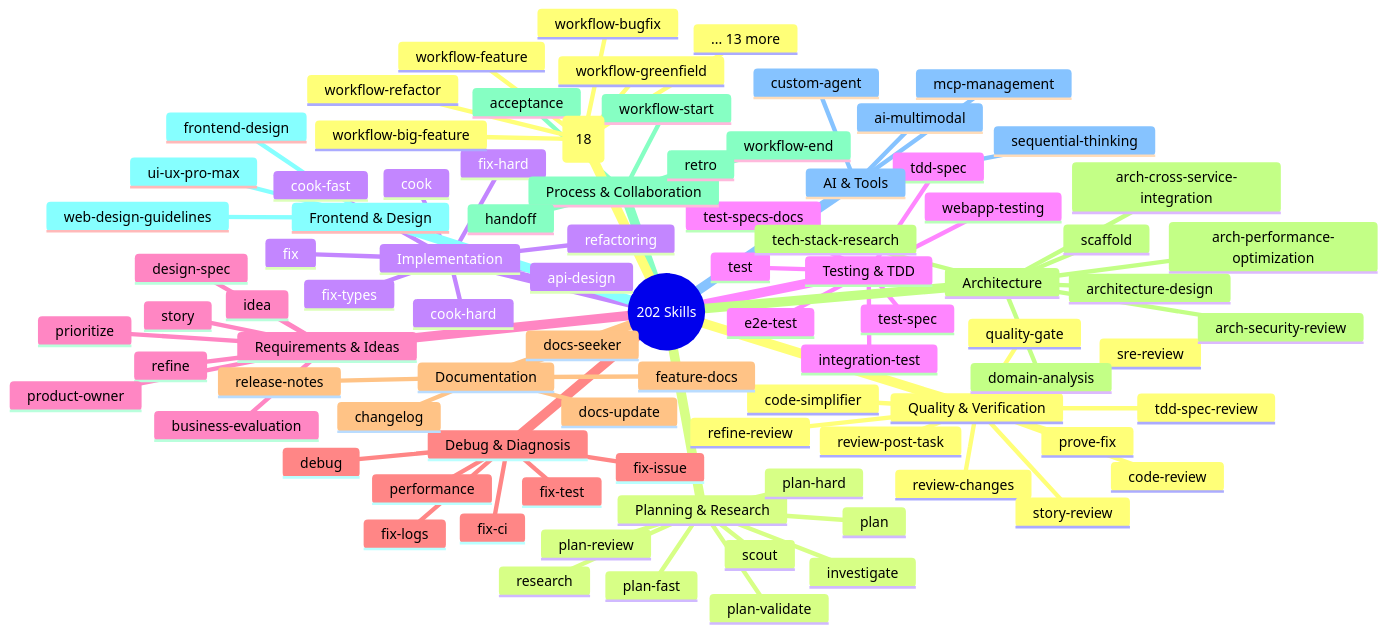
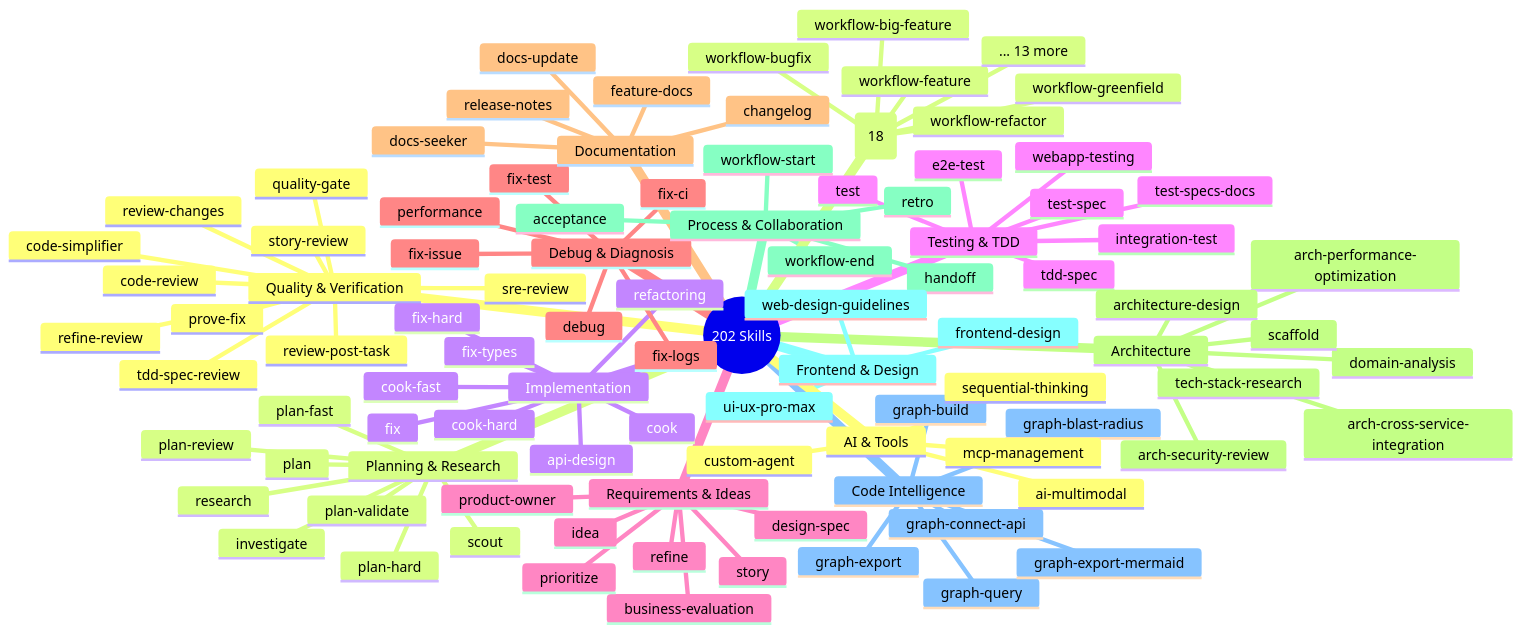
One commit to duc01226/easy-claude changed the fifth of 20 diagrams in .claude/docs/claude-ai-agent-framework-guide.md. Above: the diagram before and after it, drawn with Mermaid. The commit also changed other lines of this file and 164 other files, not shown here.

```diff
--- a/.claude/docs/claude-ai-agent-framework-guide.md
+++ b/.claude/docs/claude-ai-agent-framework-guide.md
@@ -510,6 +512,13 @@
       frontend-design
       ui-ux-pro-max
       web-design-guidelines
+    Code Intelligence
+      graph-build
+      graph-blast-radius
+      graph-query
+      graph-export
+      graph-export-mermaid
+      graph-connect-api
     AI & Tools
       sequential-thinking
       ai-multimodal
```
